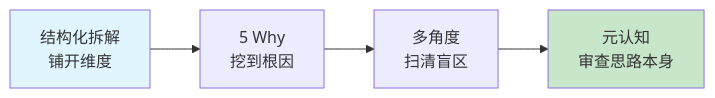
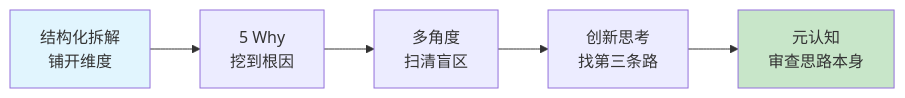
One commit to chongyang211/YCBookBlog changed the third of 7 diagrams in packages/website/11.书籍/06.自我精进·立言/14.思考能力的提升.md. Above: the diagram before and after it, drawn with Mermaid. The commit also changed other lines of this file, not shown here.

````diff
--- a/packages/website/11.书籍/06.自我精进·立言/14.思考能力的提升.md
+++ b/packages/website/11.书籍/06.自我精进·立言/14.思考能力的提升.md
@@ -123,8 +125,9 @@
 ```mermaid
 flowchart LR
     A[结构化拆解<br/>铺开维度] --> B[5 Why<br/>挖到根因]
     B --> C[多角度<br/>扫清盲区]
-    C --> D[元认知<br/>审查思路本身]
+    C --> D[创新思考<br/>找第三条路]
+    D --> E[元认知<br/>审查思路本身]
     style A fill:#e1f5fe
-    style D fill:#c8e6c9
+    style E fill:#c8e6c9
 ```
````
